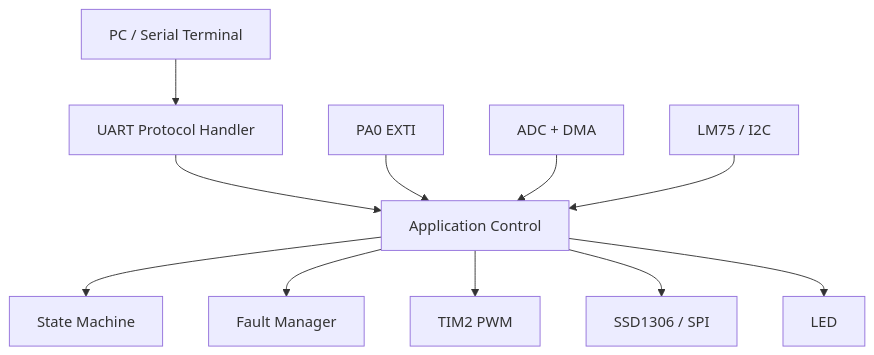
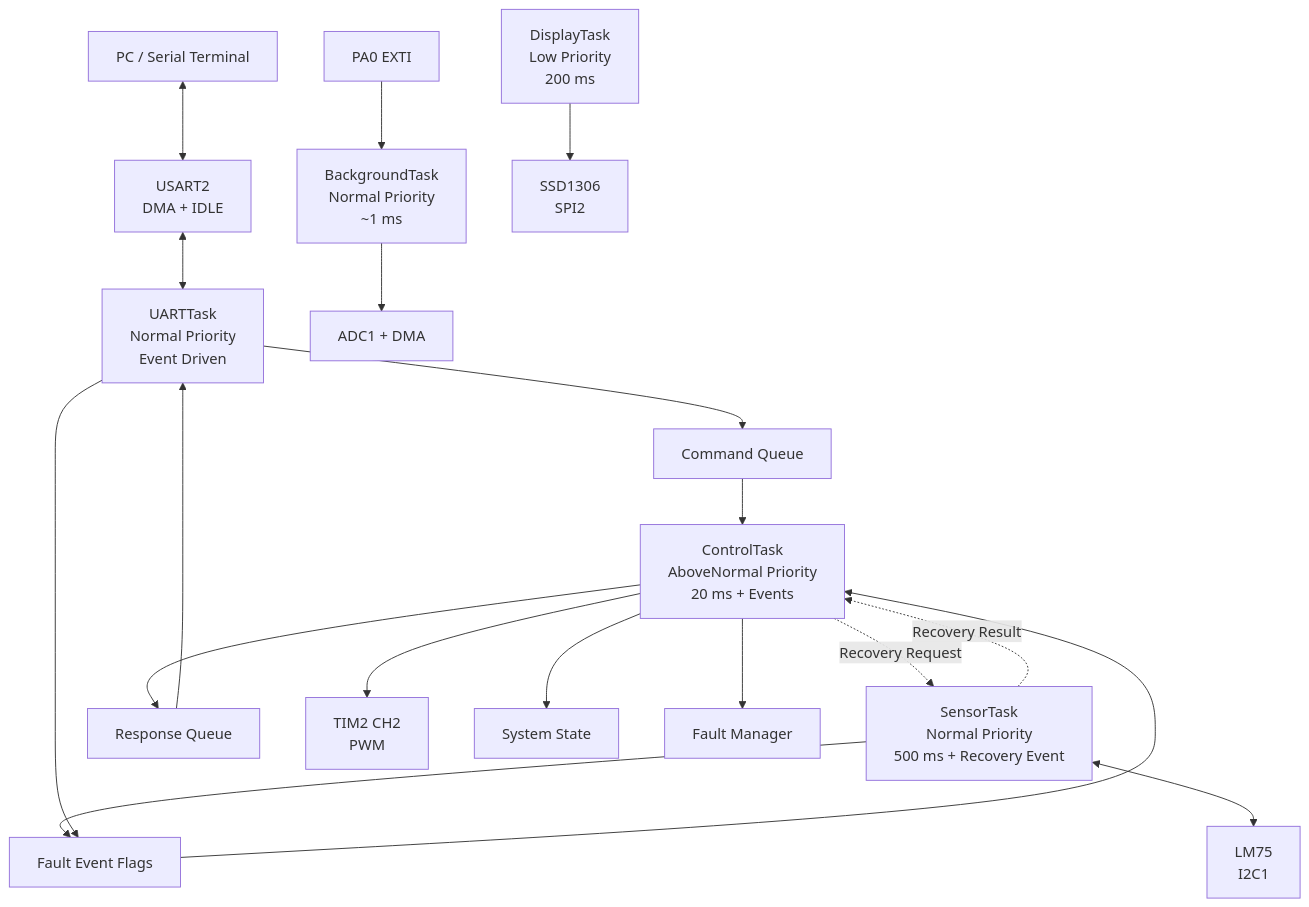
The first of 5 diagrams in README.md (John0729/STM32F407-FreeRTOS-Smart-Controller), drawn with Mermaid before and after one commit. The commit also changed other lines of this file and 1 other file, not shown here.

````diff
--- a/README.md
+++ b/README.md
@@ -44,30 +53,49 @@
 ```mermaid
-flowchart TD
+flowchart TB
 
     PC[PC / Serial Terminal]
-    UART[UART Protocol Handler]
-    APP[Application Control]
-    STATE[State Machine]
+
+    UARTTASK[UARTTask<br/>Normal Priority<br/>Event Driven]
+    CONTROLTASK[ControlTask<br/>AboveNormal Priority<br/>20 ms + Events]
+    SENSORTASK[SensorTask<br/>Normal Priority<br/>500 ms + Recovery Event]
+    DISPLAYTASK[DisplayTask<br/>Low Priority<br/>200 ms]
+    BGTASK[BackgroundTask<br/>Normal Priority<br/>~1 ms]
+
+    CMDQ[Command Queue]
+    RESPQ[Response Queue]
+    FAULTEVT[Fault Event Flags]
+
+    USART[USART2<br/>DMA + IDLE]
+    LM75[LM75<br/>I2C1]
+    OLED[SSD1306<br/>SPI2]
+    PWM[TIM2 CH2<br/>PWM]
+    ADC[ADC1 + DMA]
+    BUTTON[PA0 EXTI]
+    STATE[System State]
     FAULT[Fault Manager]
 
-    ADC[ADC + DMA]
-    TEMP[LM75 / I2C]
-    OLED[SSD1306 / SPI]
-    PWM[TIM2 PWM]
-    BUTTON[PA0 EXTI]
+    PC <--> USART
+    USART <--> UARTTASK
 
-    PC --> UART
-    UART --> APP
+    UARTTASK --> CMDQ
+    CMDQ --> CONTROLTASK
 
-    BUTTON --> APP
+    CONTROLTASK --> RESPQ
+    RESPQ --> UARTTASK
 
-    APP --> STATE
-    APP --> FAULT
+    SENSORTASK --> FAULTEVT
+    UARTTASK --> FAULTEVT
+    FAULTEVT --> CONTROLTASK
 
-    ADC --> APP
-    TEMP --> APP
+    CONTROLTASK -. Recovery Request .-> SENSORTASK
+    SENSORTASK -. Recovery Result .-> CONTROLTASK
 
-    APP --> PWM
-    APP --> OLED
-    APP --> LED
+    SENSORTASK <--> LM75
+    DISPLAYTASK --> OLED
+    BGTASK --> ADC
+    BUTTON --> BGTASK
+
+    CONTROLTASK --> PWM
+    CONTROLTASK --> STATE
+    CONTROLTASK --> FAULT
 ```
````
